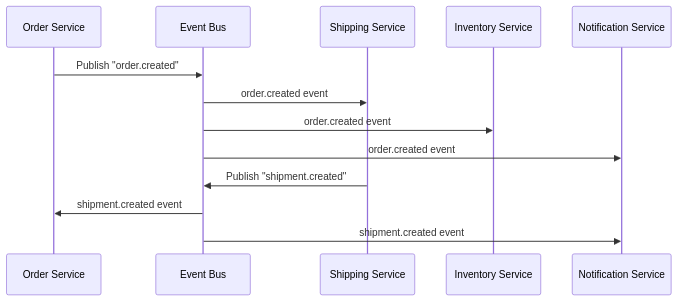
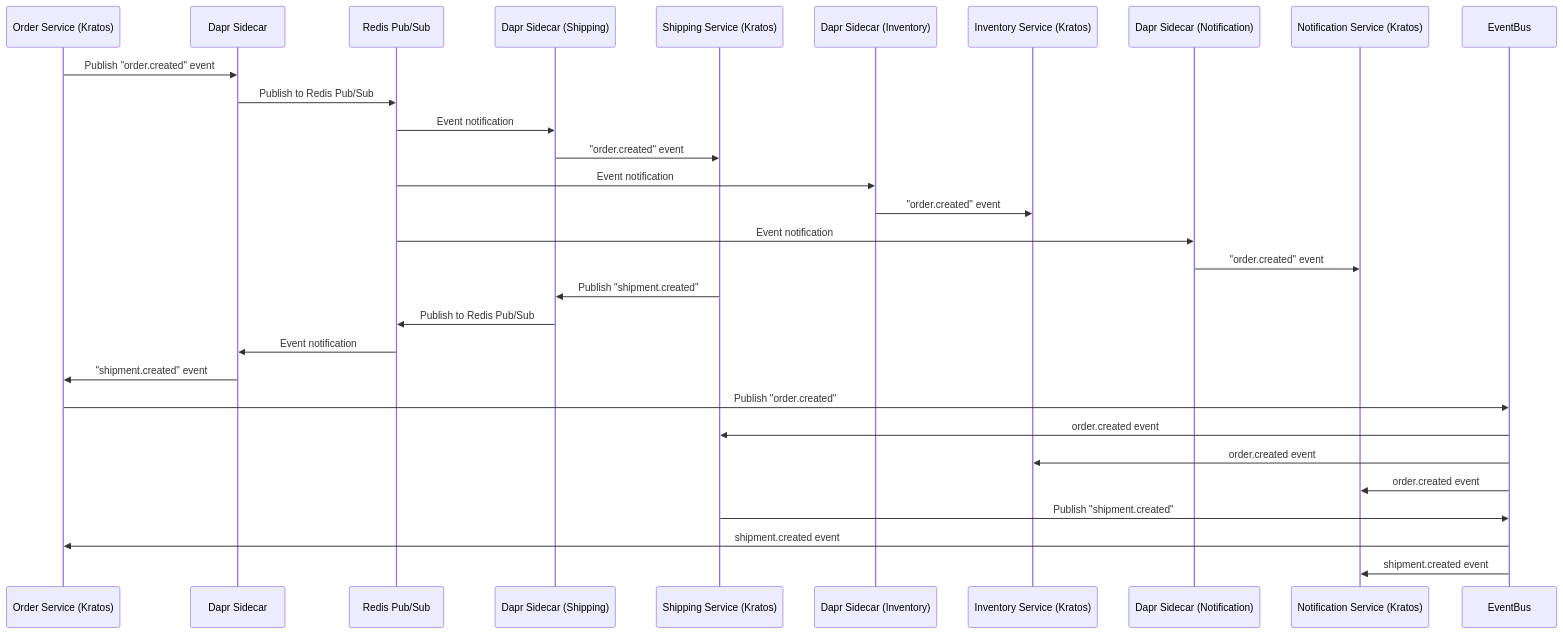
The fourth of 7 diagrams in docs/architecture/complete-architecture-diagram.md (vesviet/Composable-Commerce-Service-Architecture), drawn with Mermaid before and after one commit. The commit also changed other lines of this file and 4 other files, not shown here.

````diff
--- a/docs/architecture/complete-architecture-diagram.md
+++ b/docs/architecture/complete-architecture-diagram.md
@@ -167,17 +254,38 @@
 ```mermaid
 sequenceDiagram
-    participant Order as Order Service
-    participant EventBus as Event Bus
-    participant Shipping as Shipping Service
-    participant Inventory as Inventory Service
-    participant Notification as Notification Service
+    participant Order as Order Service (Kratos)
+    participant Dapr as Dapr Sidecar
+    participant Redis as Redis Pub/Sub
+    participant DaprShip as Dapr Sidecar (Shipping)
+    participant Shipping as Shipping Service (Kratos)
+    participant DaprInv as Dapr Sidecar (Inventory)
+    participant Inventory as Inventory Service (Kratos)
+    participant DaprNotif as Dapr Sidecar (Notification)
+    participant Notification as Notification Service (Kratos)
+    
+    Order->>Dapr: Publish "order.created" event
+    Dapr->>Redis: Publish to Redis Pub/Sub
+    
+    Redis->>DaprShip: Event notification
+    DaprShip->>Shipping: "order.created" event
+    
+    Redis->>DaprInv: Event notification
+    DaprInv->>Inventory: "order.created" event
+    
+    Redis->>DaprNotif: Event notification
+    DaprNotif->>Notification: "order.created" event
+    
+    Shipping->>DaprShip: Publish "shipment.created"
+    DaprShip->>Redis: Publish to Redis Pub/Sub
+    Redis->>Dapr: Event notification
+    Dapr->>Order: "shipment.created" event
     
     Order->>EventBus: Publish "order.created"
     EventBus->>Shipping: order.created event
     EventBus->>Inventory: order.created event
     EventBus->>Notification: order.created event
     
     Shipping->>EventBus: Publish "shipment.created"
     EventBus->>Order: shipment.created event
     EventBus->>Notification: shipment.created event
 ```
````
